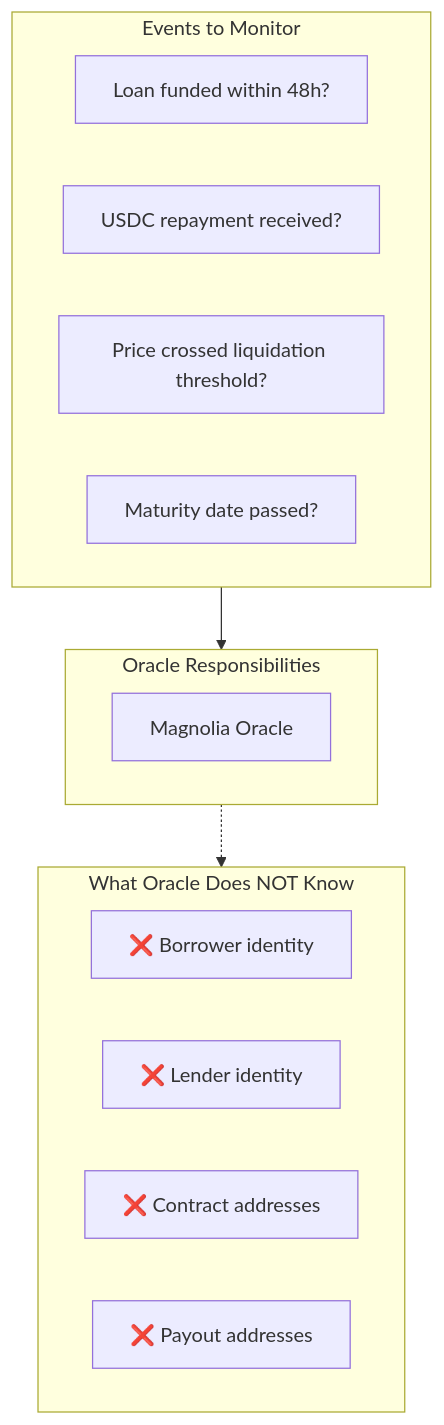
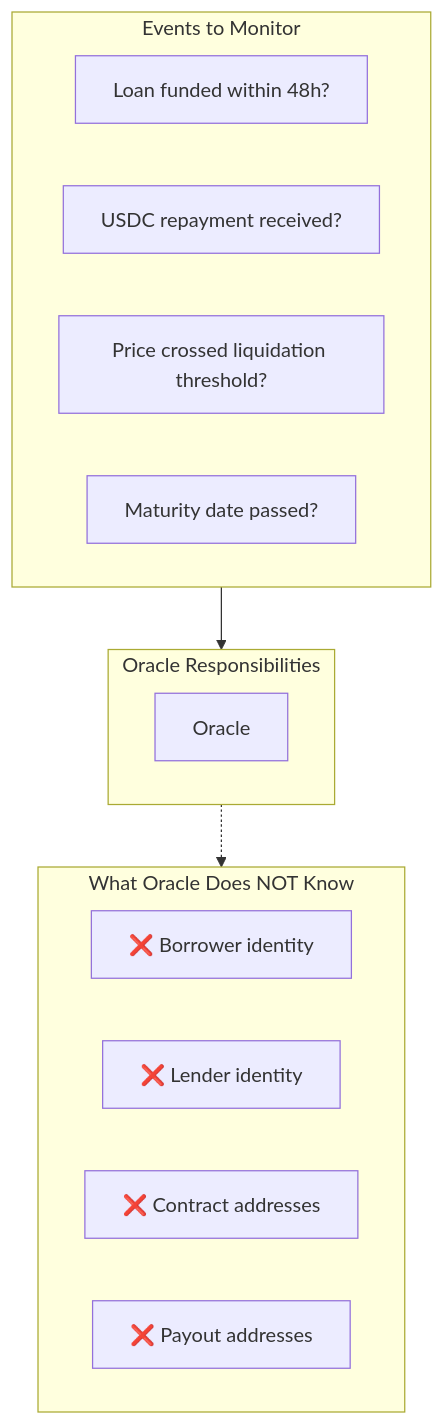
One commit to matthewjablack/mblack.io changed the fifth of 7 diagrams in _posts/2025-02-10-lygos-finance-dlc-lending-simplified-enumerated-outcomes.md. Above: the diagram before and after it, drawn with Mermaid. The commit also changed other lines of this file, not shown here.

````diff
--- a/_posts/2025-02-10-lygos-finance-dlc-lending-simplified-enumerated-outcomes.md
+++ b/_posts/2025-02-10-lygos-finance-dlc-lending-simplified-enumerated-outcomes.md
@@ -142,24 +154,24 @@
 ```mermaid
 flowchart TB
     subgraph Oracle["Oracle Responsibilities"]
         direction LR
-        O[Magnolia Oracle]
+        O[Oracle]
     end
 
     subgraph Events["Events to Monitor"]
         E0[Loan funded within 48h?]
         E1[USDC repayment received?]
         E2[Price crossed liquidation threshold?]
         E3[Maturity date passed?]
     end
 
     subgraph Privacy["What Oracle Does NOT Know"]
         P1[❌ Borrower identity]
         P2[❌ Lender identity]
         P3[❌ Contract addresses]
         P4[❌ Payout addresses]
     end
 
     Events --> Oracle
     Oracle -.-> Privacy
 ```
````
